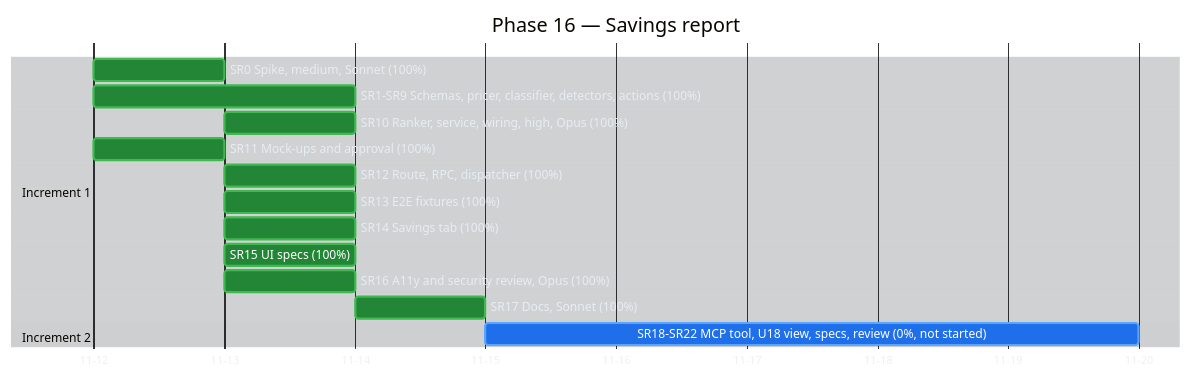
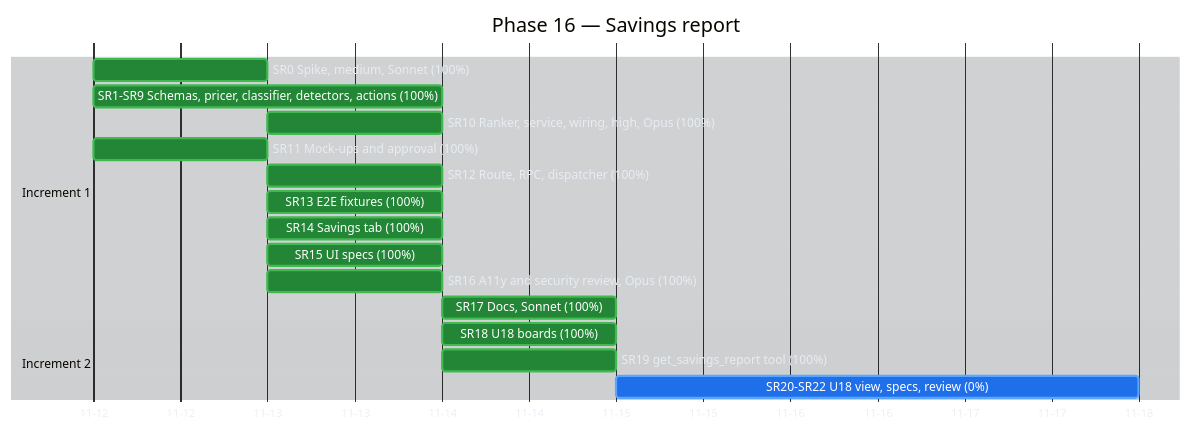
The third of 5 diagrams in docs/implementation-plan-gantt.md (raulkivi/agent-cost-analyzer), drawn with Mermaid before and after one commit. The commit also changed other lines of this file and 2 other files, not shown here.

Commit message:
docs(savings): U18 boards approved (SR18); decisions D16-D21; Gantt SR18/SR19 done

````diff
--- a/docs/implementation-plan-gantt.md
+++ b/docs/implementation-plan-gantt.md
@@ -199,49 +199,51 @@
 ```mermaid
 %%{init: {
   "theme": "base",
   "themeVariables": {
     "darkMode": true,
     "background": "#0d1117",
     "textColor": "#e6edf3",
     "primaryTextColor": "#e6edf3",
     "lineColor": "#8b949e",
     "sectionBkgColor": "#161b22",
     "sectionBkgColor2": "#1c2129",
     "altSectionBkgColor": "#0d1117",
     "gridColor": "#30363d",
     "excludeBkgColor": "#161b22",
     "todayLineColor": "#f85149",
     "taskBkgColor": "#1f6feb",
     "taskBorderColor": "#58a6ff",
     "taskTextColor": "#ffffff",
     "taskTextLightColor": "#ffffff",
     "taskTextDarkColor": "#ffffff",
     "taskTextOutsideColor": "#e6edf3",
     "doneTaskBkgColor": "#238636",
     "doneTaskBorderColor": "#3fb950",
     "activeTaskBkgColor": "#9e6a03",
     "activeTaskBorderColor": "#d29922",
     "critBkgColor": "#da3633",
     "critBorderColor": "#f85149"
   }
 }}%%
 gantt
     title Phase 16 — Savings report
     dateFormat YYYY-MM-DD
     axisFormat %m-%d
 
     section Increment 1
     SR0 Spike, medium, Sonnet (100%)                 :done, sr0, 2026-11-12, 1d
     SR1-SR9 Schemas, pricer, classifier, detectors, actions (100%) :done, sr1, 2026-11-12, 2d
     SR10 Ranker, service, wiring, high, Opus (100%)  :done, sr10, 2026-11-13, 1d
     SR11 Mock-ups and approval (100%)                :done, sr11, 2026-11-12, 1d
     SR12 Route, RPC, dispatcher (100%)               :done, sr12, 2026-11-13, 1d
     SR13 E2E fixtures (100%)                         :done, sr13, 2026-11-13, 1d
     SR14 Savings tab (100%)                          :done, sr14, 2026-11-13, 1d
     SR15 UI specs (100%)                             :done, sr15, 2026-11-13, 1d
     SR16 A11y and security review, Opus (100%)       :done, sr16, 2026-11-13, 1d
     SR17 Docs, Sonnet (100%)                         :done, sr17, after sr16, 1d
 
     section Increment 2
-    SR18-SR22 MCP tool, U18 view, specs, review (0%, not started) :sr18, after sr17, 5d
+    SR18 U18 boards (100%)                           :done, sr18, 2026-11-14, 1d
+    SR19 get_savings_report tool (100%)              :done, sr19, 2026-11-14, 1d
+    SR20-SR22 U18 view, specs, review (0%)           :sr20, after sr19, 3d
 ```
````
